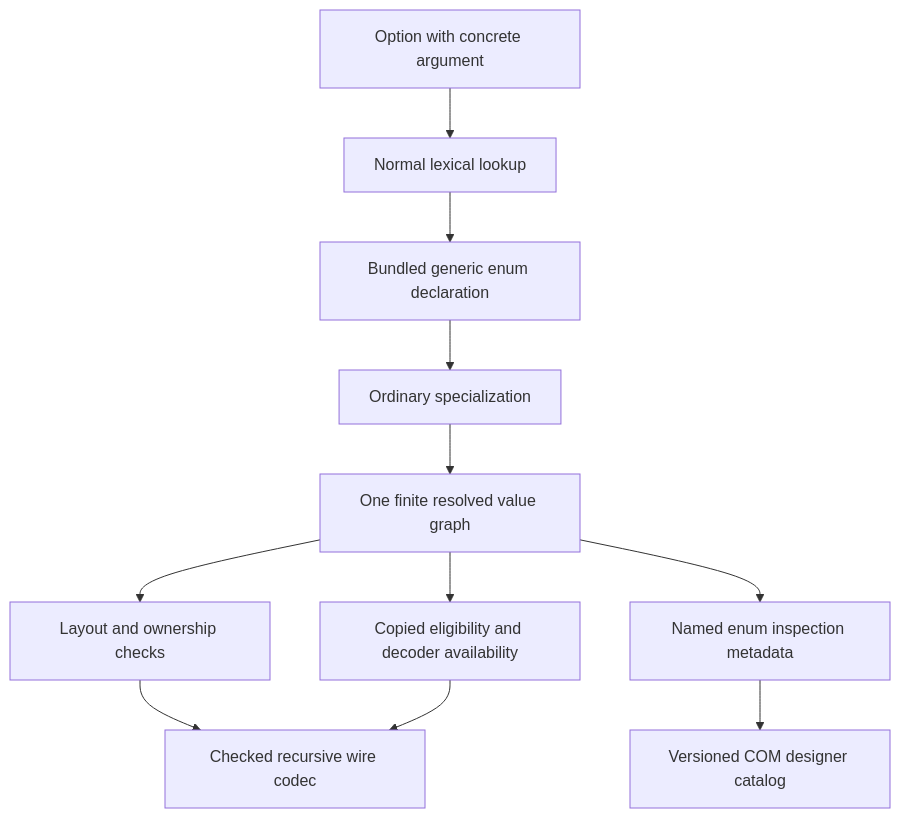
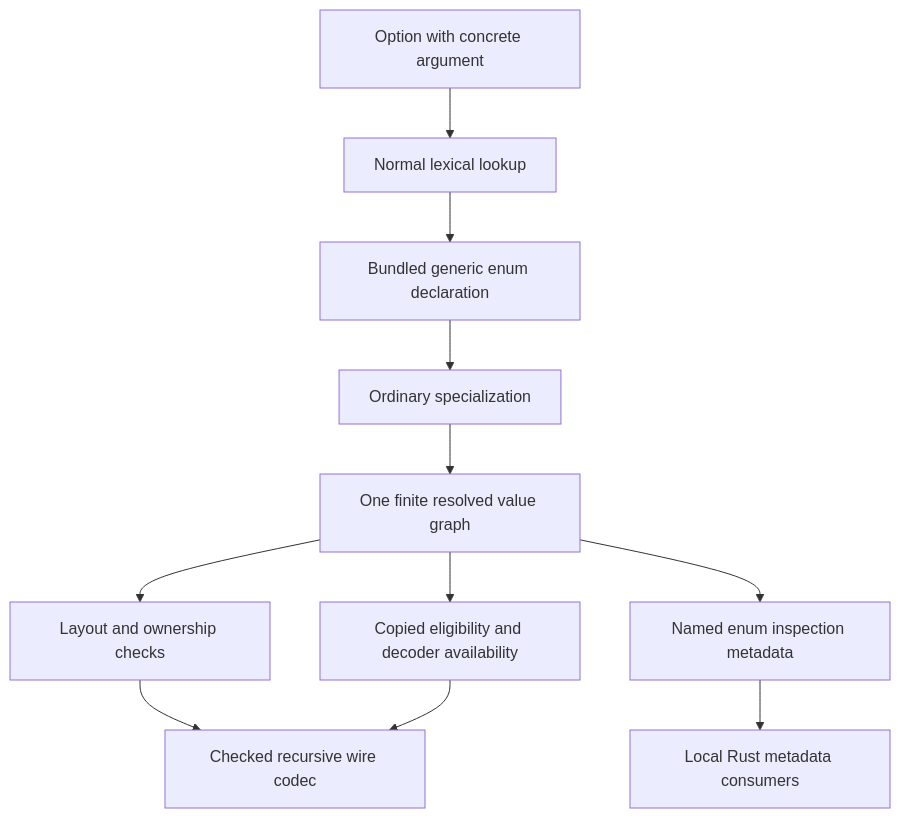
Before and after one commit to NeoCogi/neocogi-com: the diagram in docs/contracts/IDL_GENERIC_VALUES.md, drawn with Mermaid. The commit also changed other lines of this file and 5 other files, not shown here.

````diff
--- a/docs/contracts/IDL_GENERIC_VALUES.md
+++ b/docs/contracts/IDL_GENERIC_VALUES.md
@@ -74,13 +74,13 @@
 ```mermaid
 flowchart TD
     A[Option with concrete argument] --> B[Normal lexical lookup]
     B --> C[Bundled generic enum declaration]
     C --> D[Ordinary specialization]
     D --> E[One finite resolved value graph]
     E --> F[Layout and ownership checks]
     E --> G[Copied eligibility and decoder availability]
     E --> H[Named enum inspection metadata]
     F --> I[Checked recursive wire codec]
     G --> I
-    H --> J[Versioned COM designer catalog]
+    H --> J[Local Rust metadata consumers]
 ```
````
